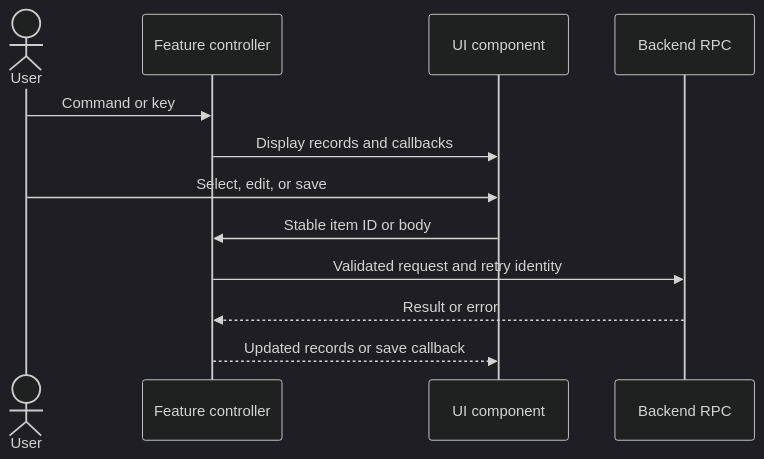
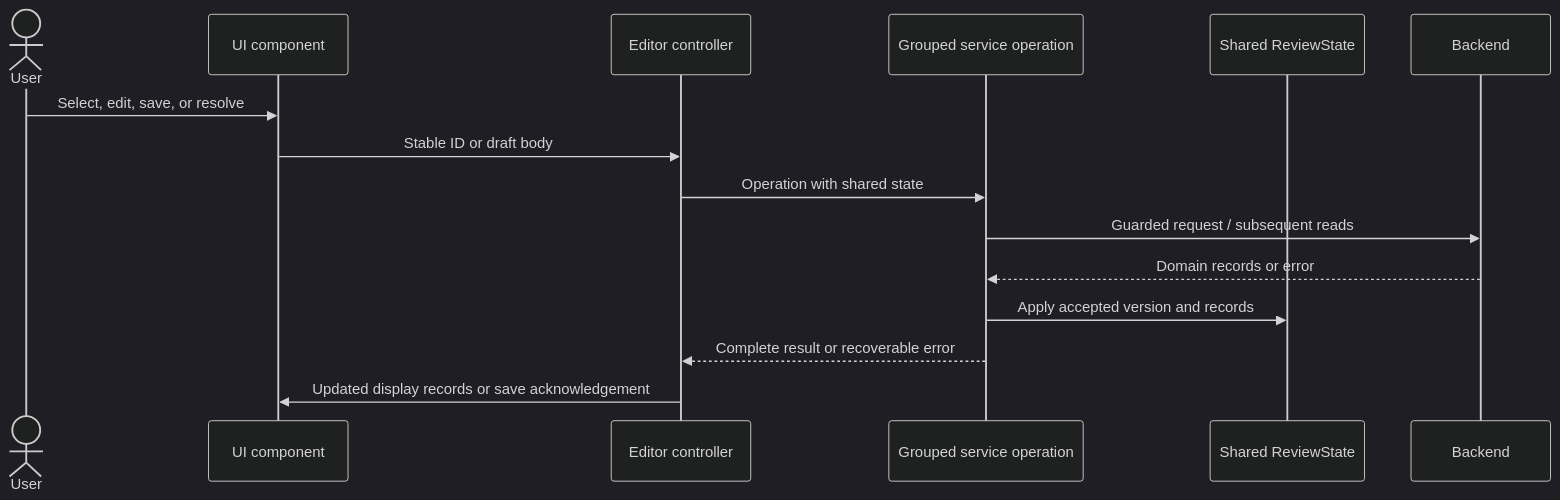
The second of 4 diagrams in docs/architecture/lgtm.nvim/index.md (difflab-io/lgtm), drawn with Mermaid (dark theme) before and after one commit. The commit also changed other lines of this file and 55 other files, not shown here.

````diff
--- a/docs/architecture/lgtm.nvim/index.md
+++ b/docs/architecture/lgtm.nvim/index.md
@@ -79,14 +85,17 @@
 ```mermaid
 sequenceDiagram
   actor User
-  participant Feature as Feature controller
   participant View as UI component
-  participant RPC as Backend RPC
-  User->>Feature: Command or key
-  Feature->>View: Display records and callbacks
-  User->>View: Select, edit, or save
-  View->>Feature: Stable item ID or body
-  Feature->>RPC: Validated request and retry identity
-  RPC-->>Feature: Result or error
-  Feature-->>View: Updated records or save callback
+  participant Controller as Editor controller
+  participant Service as Grouped service operation
+  participant Store as Shared ReviewState
+  participant Backend
+  User->>View: Select, edit, save, or resolve
+  View->>Controller: Stable ID or draft body
+  Controller->>Service: Operation with shared state
+  Service->>Backend: Guarded request / subsequent reads
+  Backend-->>Service: Domain records or error
+  Service->>Store: Apply accepted version and records
+  Service-->>Controller: Complete result or recoverable error
+  Controller->>View: Updated display records or save acknowledgement
 ```
````
